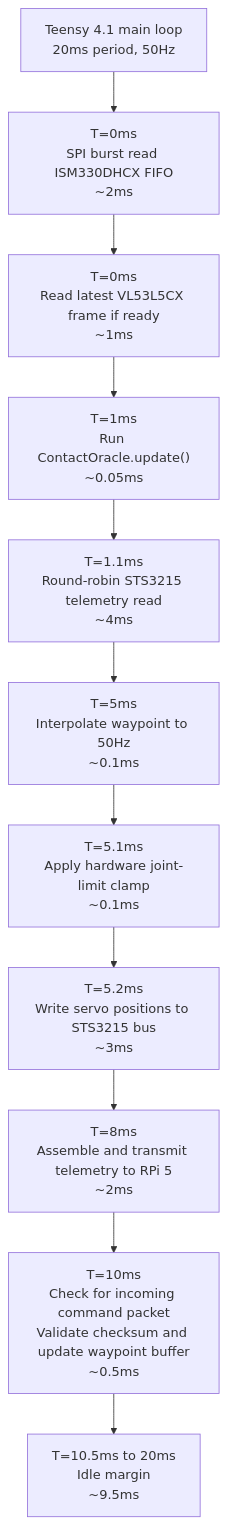
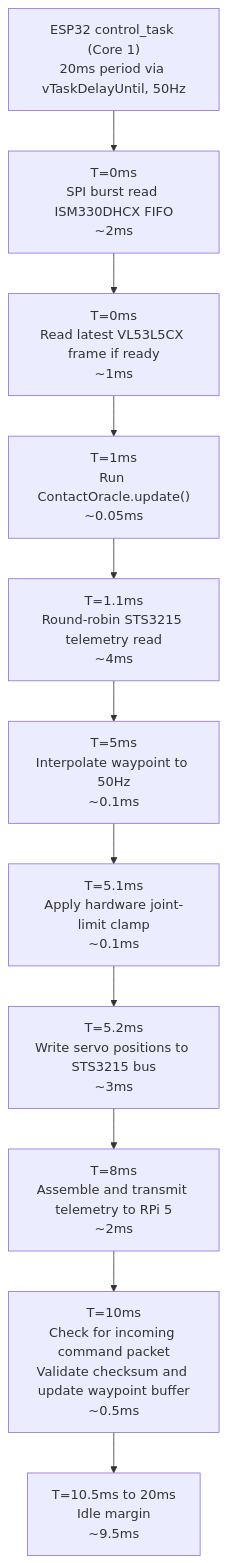
One commit to mohammedryn/VLA_Arm changed the third of 3 diagrams in VLA_Robotic_Arm_Project_Report_FINAL.md. Above: the diagram before and after it, drawn with Mermaid. The commit also changed other lines of this file and 2 other files, not shown here.

First line of the commit message:
Migrate MCU from Teensy 4.1 to ESP32-WROOM-32 across all docs

````diff
--- a/VLA_Robotic_Arm_Project_Report_FINAL.md
+++ b/VLA_Robotic_Arm_Project_Report_FINAL.md
@@ -861,16 +869,16 @@
 ```mermaid
 flowchart TB
-    START["Teensy 4.1 main loop<br/>20ms period, 50Hz"]
+    START["ESP32 control_task (Core 1)<br/>20ms period via vTaskDelayUntil, 50Hz"]
     SPI["T=0ms<br/>SPI burst read ISM330DHCX FIFO<br/>~2ms"]
     I2C["T=0ms<br/>Read latest VL53L5CX frame if ready<br/>~1ms"]
     ORACLE["T=1ms<br/>Run ContactOracle.update()<br/>~0.05ms"]
     POLL["T=1.1ms<br/>Round-robin STS3215 telemetry read<br/>~4ms"]
     INTERP["T=5ms<br/>Interpolate waypoint to 50Hz<br/>~0.1ms"]
     CLAMP["T=5.1ms<br/>Apply hardware joint-limit clamp<br/>~0.1ms"]
     WRITE["T=5.2ms<br/>Write servo positions to STS3215 bus<br/>~3ms"]
     TX["T=8ms<br/>Assemble and transmit telemetry to RPi 5<br/>~2ms"]
     RX["T=10ms<br/>Check for incoming command packet<br/>Validate checksum and update waypoint buffer<br/>~0.5ms"]
     IDLE["T=10.5ms to 20ms<br/>Idle margin<br/>~9.5ms"]
 
     START --> SPI --> I2C --> ORACLE --> POLL --> INTERP --> CLAMP --> WRITE --> TX --> RX --> IDLE
 ```
````
